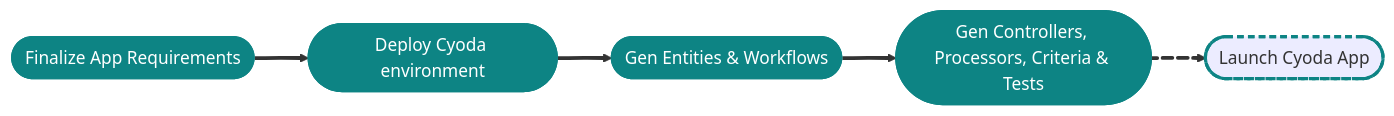
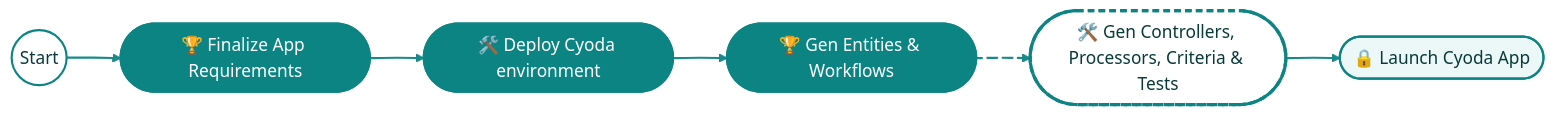
One commit to Cyoda-platform/ai-assistant changed the diagram in workflow_configs/messages/notify_prototype_generation_0000/message.md. Above: the diagram before and after it, drawn with Mermaid. The commit also changed other lines of this file and 24 other files, not shown here.

````diff
--- a/workflow_configs/messages/notify_prototype_generation_0000/message.md
+++ b/workflow_configs/messages/notify_prototype_generation_0000/message.md
@@ -4,14 +4,22 @@
 ```mermaid
+%%{init: {'theme':'base','themeVariables':{
+  'primaryColor':'#ECF8F8','primaryTextColor':'#083A3A','primaryBorderColor':'#0D8484',
+  'lineColor':'#0D8484','fontFamily':'Inter, Arial, sans-serif','edgeLabelBackground':'#FFFFFF'
+}}}%%
 graph LR
-    A([Finalize App Requirements]):::done e1@
-    ==> B([Deploy Cyoda environment]):::done e2@
-    ==> C([Gen Entities & Workflows]):::done e3@
-    ==> D([Gen Controllers, Processors, Criteria & Tests]):::done e4@
-    ==> E([Launch Cyoda App]):::next
+    S((Start)):::start ==> A([🏆 Finalize App Requirements]):::done
+    A e1@ ==> B([🛠️ Deploy Cyoda environment]):::done
+    B e2@ ==> C([🏆 Gen Entities & Workflows]):::done
+    C e3@ ==> D([🛠️ Gen Controllers, Processors, Criteria & Tests]):::next
+    D e4@ ==> E([🔒 Launch Cyoda App]):::bar
 
-    e4@{ animate: true }
+    %% animate handoff to next step (D)
+    e3@{ animate: true }
 
-    classDef bar stroke:#0D8484
-    classDef done fill:#0D8484,stroke:#0D8484,color:#fff
-    classDef next stroke:#0D8484,stroke-width:3px,stroke-dasharray:6 4
+    classDef start fill:#FFFFFF,stroke:#0D8484,stroke-width:2px,color:#083A3A
+    classDef bar   fill:#ECF8F8,stroke:#0D8484,stroke-width:2px,rx:12,ry:12,color:#083A3A
+    classDef done  fill:#0D8484,stroke:#0D8484,stroke-width:2px,rx:12,ry:12,color:#FFFFFF
+    classDef next  fill:#FFFFFF,stroke:#0D8484,stroke-width:3px,stroke-dasharray:6 4,rx:12,ry:12,color:#083A3A
+    linkStyle default stroke:#0D8484,stroke-width:2px,opacity:0.95
+
 ```
````
